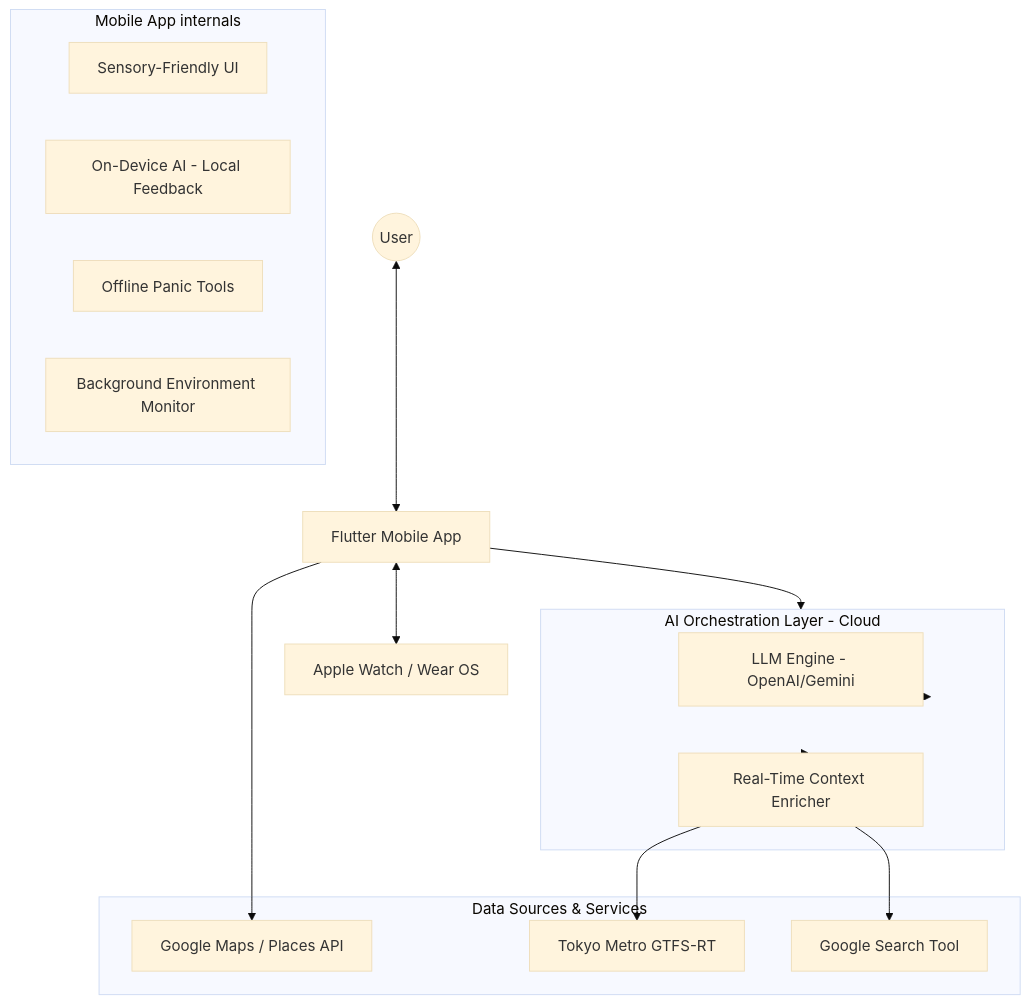
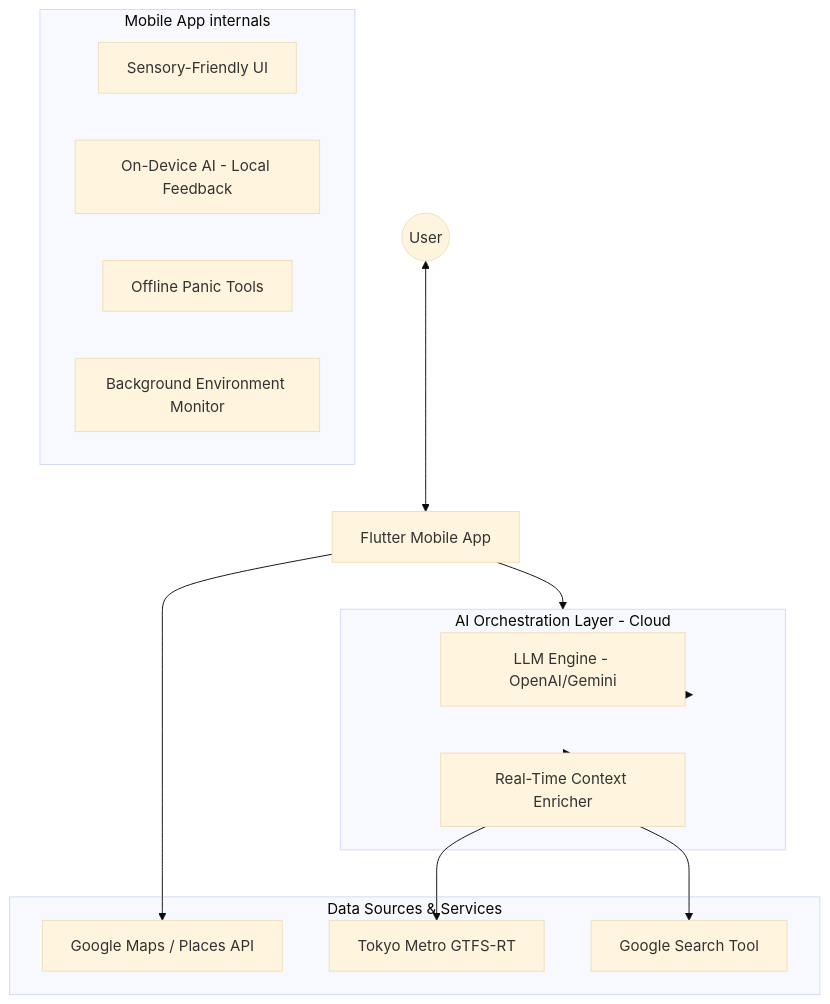
The diagram in docs/ARCHITECTURE.md (keiseiisobe/pocket-secure-base), drawn with Mermaid (base theme) before and after one commit. The commit also changed 3 other files, not shown here.

````diff
--- a/docs/ARCHITECTURE.md
+++ b/docs/ARCHITECTURE.md
@@ -9,35 +9,34 @@
 ```mermaid
 graph TD
     %% User Layer
     User((User)) <--> MobileApp[Flutter Mobile App]
-    MobileApp <--> Wearable[Apple Watch / Wear OS]
 
     %% Mobile App Internal Components
     subgraph MobileApp_Internal [Mobile App internals]
         UI[Sensory-Friendly UI]
         LocalAI[On-Device AI - Local Feedback]
         PanicSupport[Offline Panic Tools]
         BackgroundMonitor[Background Environment Monitor]
     end
 
     %% Cloud / Backend Layer
     subgraph Cloud_Orchestrator [AI Orchestration Layer - Cloud]
         LLM[LLM Engine - OpenAI/Gemini]
         DataEnricher[Real-Time Context Enricher]
     end
 
     %% External Data Sources
     subgraph External_APIs [Data Sources & Services]
         GMap[Google Maps / Places API]
         ODPT[Tokyo Metro GTFS-RT]
         GSearch[Google Search Tool]
     end
 
     %% Connections
     MobileApp --> Cloud_Orchestrator
     Cloud_Orchestrator --> LLM
     Cloud_Orchestrator --> DataEnricher
     DataEnricher --> ODPT
     DataEnricher --> GSearch
     MobileApp --> GMap
 ```
````
